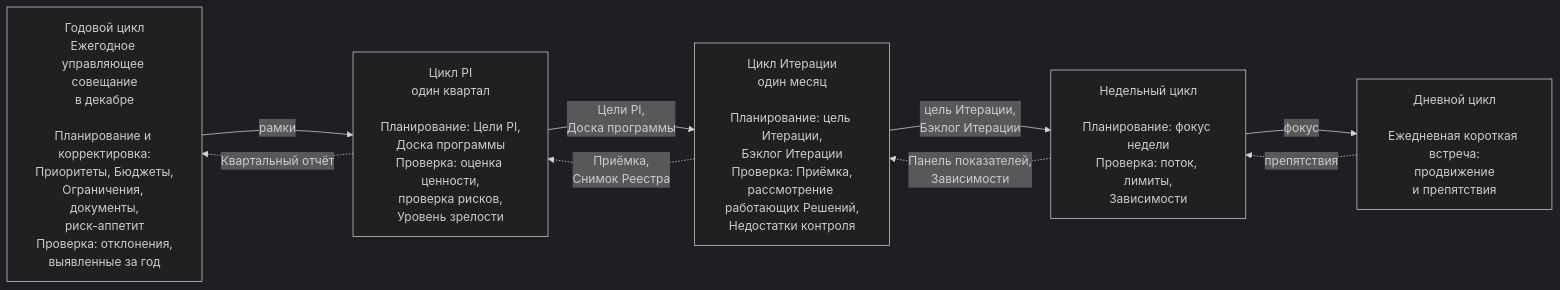
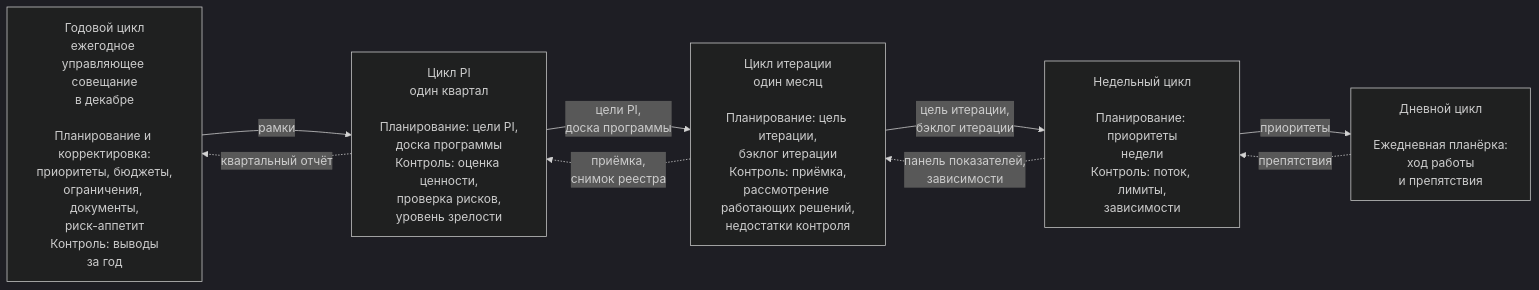
The first of 4 diagrams in charter/ru/guides/cadence-guide.md (devhogu/ob-aicc), drawn with Mermaid (dark theme) before and after one commit. The commit also changed other lines of this file and 6 other files, not shown here.

````diff
--- a/charter/ru/guides/cadence-guide.md
+++ b/charter/ru/guides/cadence-guide.md
@@ -27,16 +27,16 @@
 ```mermaid
 flowchart LR
-  Y["Годовой цикл<br/>Ежегодное управляющее совещание<br/>в декабре<br/><br/>Планирование и корректировка:<br/>Приоритеты, Бюджеты,<br/>Ограничения, документы,<br/>риск-аппетит<br/>Проверка: отклонения,<br/>выявленные за год"]
-  Q["Цикл PI<br/>один квартал<br/><br/>Планирование: Цели PI,<br/>Доска программы<br/>Проверка: оценка ценности,<br/>проверка рисков,<br/>Уровень зрелости"]
-  M["Цикл Итерации<br/>один месяц<br/><br/>Планирование: цель Итерации,<br/>Бэклог Итерации<br/>Проверка: Приёмка,<br/>рассмотрение работающих Решений,<br/>Недостатки контроля"]
-  W["Недельный цикл<br/><br/>Планирование: фокус недели<br/>Проверка: поток, лимиты,<br/>Зависимости"]
-  D["Дневной цикл<br/><br/>Ежедневная короткая встреча:<br/>продвижение<br/>и препятствия"]
+  Y["Годовой цикл<br/>ежегодное управляющее совещание<br/>в декабре<br/><br/>Планирование и корректировка:<br/>приоритеты, бюджеты,<br/>ограничения, документы,<br/>риск-аппетит<br/>Контроль: выводы<br/>за год"]
+  Q["Цикл PI<br/>один квартал<br/><br/>Планирование: цели PI,<br/>доска программы<br/>Контроль: оценка ценности,<br/>проверка рисков,<br/>уровень зрелости"]
+  M["Цикл итерации<br/>один месяц<br/><br/>Планирование: цель итерации,<br/>бэклог итерации<br/>Контроль: приёмка,<br/>рассмотрение работающих решений,<br/>недостатки контроля"]
+  W["Недельный цикл<br/><br/>Планирование: приоритеты<br/>недели<br/>Контроль: поток, лимиты,<br/>зависимости"]
+  D["Дневной цикл<br/><br/>Ежедневная планёрка:<br/>ход работы<br/>и препятствия"]
   Y -->|"рамки"| Q
-  Q -->|"Цели PI,<br/>Доска программы"| M
-  M -->|"цель Итерации,<br/>Бэклог Итерации"| W
-  W -->|"фокус"| D
+  Q -->|"цели PI,<br/>доска программы"| M
+  M -->|"цель итерации,<br/>бэклог итерации"| W
+  W -->|"приоритеты"| D
   D -.->|"препятствия"| W
-  W -.->|"Панель показателей,<br/>Зависимости"| M
-  M -.->|"Приёмка,<br/>Снимок Реестра"| Q
-  Q -.->|"Квартальный отчёт"| Y
+  W -.->|"панель показателей,<br/>зависимости"| M
+  M -.->|"приёмка,<br/>снимок реестра"| Q
+  Q -.->|"квартальный отчёт"| Y
 ```
````
